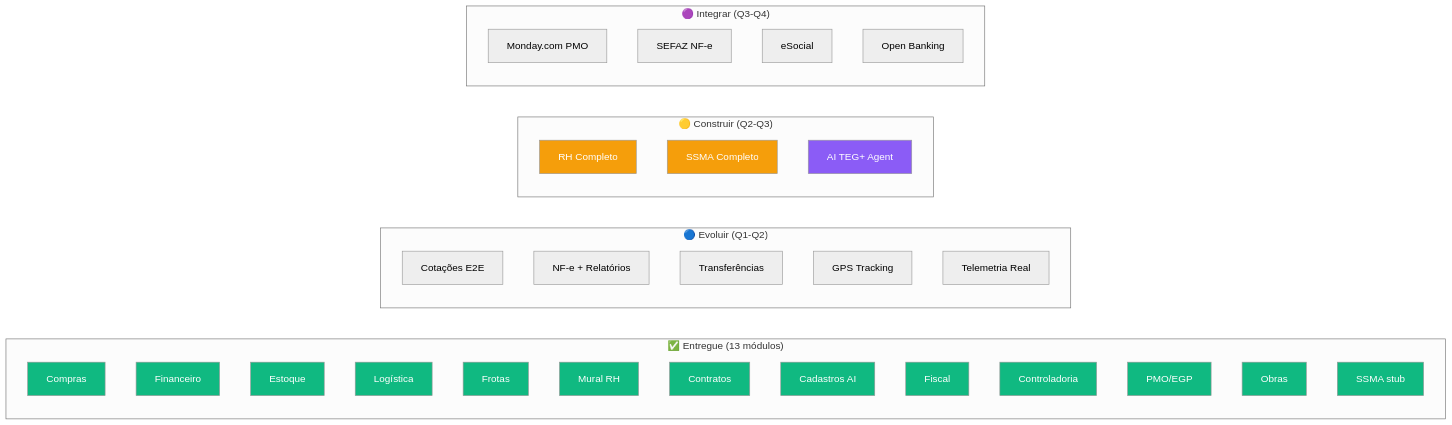
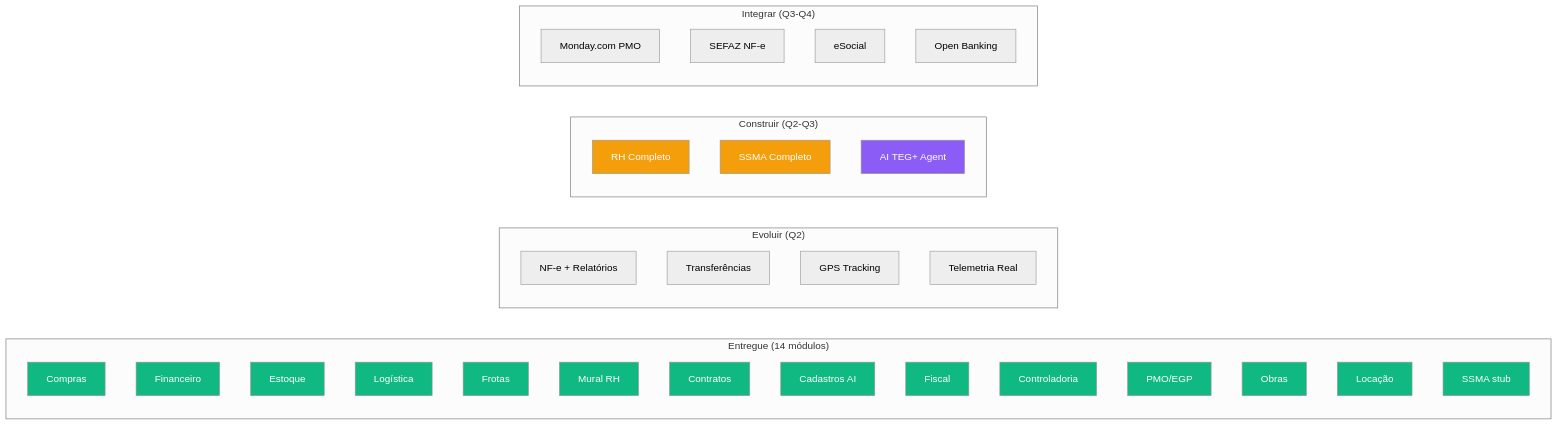
The first of 2 diagrams in docs/obsidian/17 - Roadmap.md (leandroteg/teg-plus), drawn with Mermaid (neutral theme) before and after one commit. The commit also changed other lines of this file and 23 other files, not shown here.

````diff
--- a/docs/obsidian/17 - Roadmap.md
+++ b/docs/obsidian/17 - Roadmap.md
@@ -20,56 +21,57 @@
 ```mermaid
 graph LR
-    subgraph ENTREGUE["✅ Entregue (13 módulos)"]
+    subgraph ENTREGUE["Entregue (14 módulos)"]
         C[Compras]
         F[Financeiro]
         E[Estoque]
         L[Logística]
         FR[Frotas]
         MU[Mural RH]
         CT2[Contratos]
         CAD[Cadastros AI]
         FIS[Fiscal]
         CTRL[Controladoria]
         PMO[PMO/EGP]
         OBR[Obras]
+        LOC[Locação]
         SSMA_S[SSMA stub]
     end
 
-    subgraph EVOLUIR["🔵 Evoluir (Q1-Q2)"]
-        C2[Cotações E2E]
+    subgraph EVOLUIR["Evoluir (Q2)"]
         F2[NF-e + Relatórios]
         E2[Transferências]
         L2[GPS Tracking]
         FR2[Telemetria Real]
     end
 
-    subgraph CONSTRUIR["🟡 Construir (Q2-Q3)"]
+    subgraph CONSTRUIR["Construir (Q2-Q3)"]
         RH[RH Completo]
         SS[SSMA Completo]
         AI[AI TEG+ Agent]
     end
 
-    subgraph INTEGRAR["🟣 Integrar (Q3-Q4)"]
+    subgraph INTEGRAR["Integrar (Q3-Q4)"]
         MON[Monday.com PMO]
         SEF[SEFAZ NF-e]
         ESO[eSocial]
         OB[Open Banking]
     end
 
     style C fill:#10B981,color:#fff
     style F fill:#10B981,color:#fff
     style E fill:#10B981,color:#fff
     style L fill:#10B981,color:#fff
     style FR fill:#10B981,color:#fff
     style MU fill:#10B981,color:#fff
     style CT2 fill:#10B981,color:#fff
     style CAD fill:#10B981,color:#fff
     style FIS fill:#10B981,color:#fff
     style CTRL fill:#10B981,color:#fff
     style PMO fill:#10B981,color:#fff
     style OBR fill:#10B981,color:#fff
+    style LOC fill:#10B981,color:#fff
     style SSMA_S fill:#10B981,color:#fff
     style RH fill:#F59E0B,color:#fff
     style SS fill:#F59E0B,color:#fff
     style AI fill:#8B5CF6,color:#fff
 ```
````
